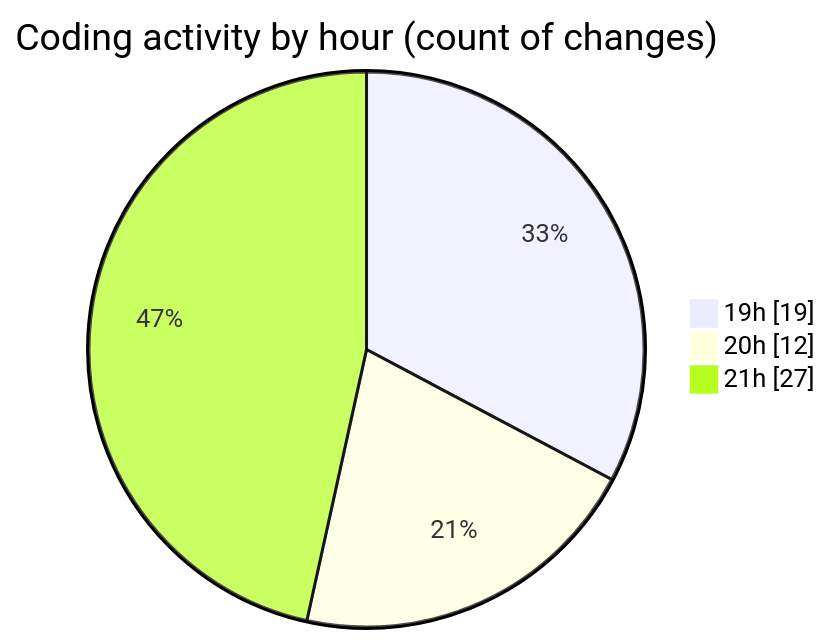
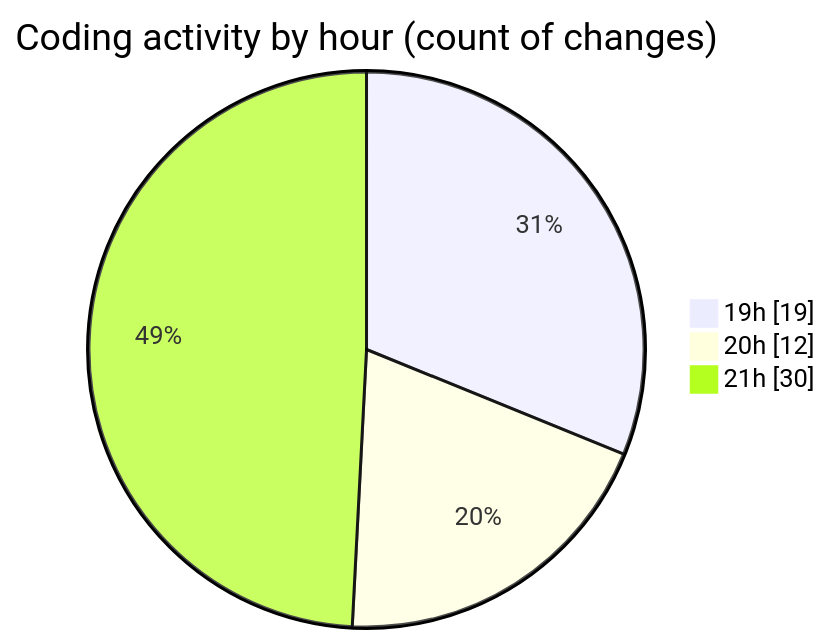
The second of 2 diagrams in 2025-07-28/quanlyrapchieuphim-2/README.md (lephambinh05/code-tracking), drawn with Mermaid before and after one commit. The commit also changed other lines of this file and 1 other file, not shown here.

````diff
--- a/2025-07-28/quanlyrapchieuphim-2/README.md
+++ b/2025-07-28/quanlyrapchieuphim-2/README.md
@@ -51,7 +52,7 @@
 ```mermaid
 pie showData
 title Coding activity by hour (count of changes)
 "19h" : 19
 "20h" : 12
-"21h" : 27
+"21h" : 30
 ```
````
